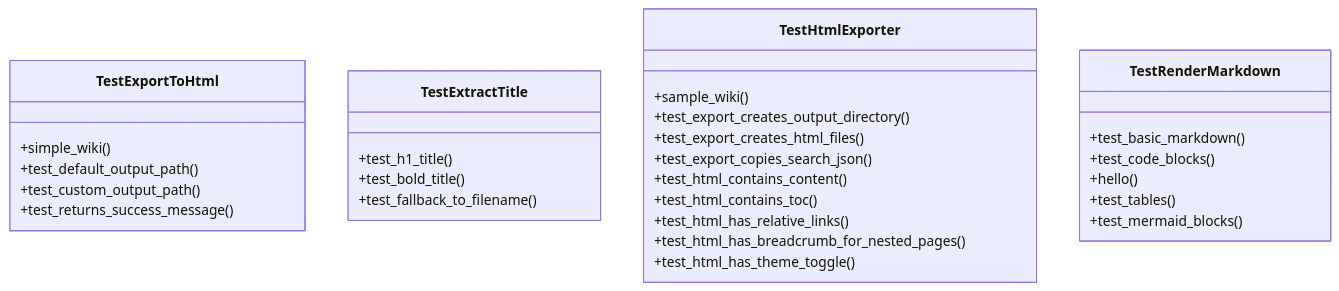
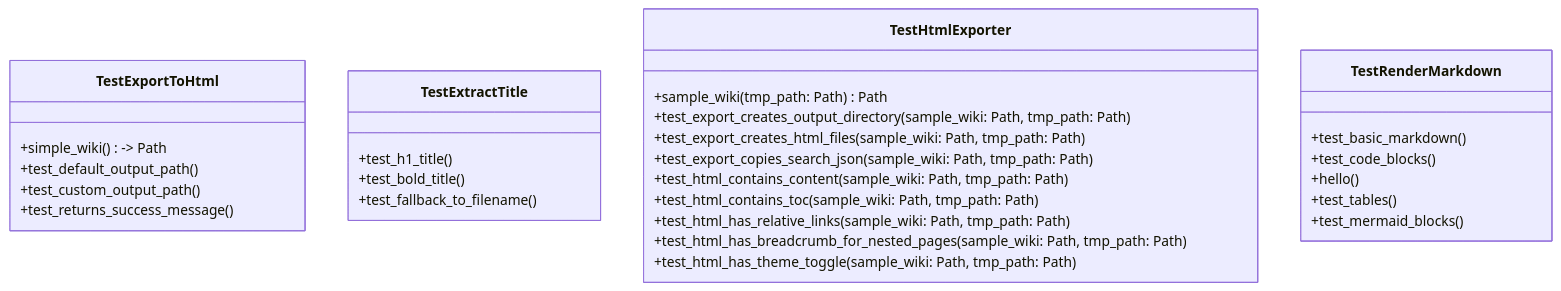
One commit to UrbanDiver/local-deepwiki-mcp changed the first of 2 diagrams in .deepwiki/files/tests/test_html_export.md. Above: the diagram before and after it, drawn with Mermaid. The commit also changed other lines of this file and 75 other files, not shown here.

First line of the commit message:
Regenerate wiki documentation with all file pages

````diff
--- a/.deepwiki/files/tests/test_html_export.md
+++ b/.deepwiki/files/tests/test_html_export.md
@@ -400,32 +382,32 @@
 ```mermaid
 classDiagram
     class TestExportToHtml {
-        +simple_wiki()
+        +simple_wiki() -> Path
         +test_default_output_path()
         +test_custom_output_path()
         +test_returns_success_message()
     }
     class TestExtractTitle {
         +test_h1_title()
         +test_bold_title()
         +test_fallback_to_filename()
     }
     class TestHtmlExporter {
-        +sample_wiki()
-        +test_export_creates_output_directory()
-        +test_export_creates_html_files()
-        +test_export_copies_search_json()
-        +test_html_contains_content()
-        +test_html_contains_toc()
-        +test_html_has_relative_links()
-        +test_html_has_breadcrumb_for_nested_pages()
-        +test_html_has_theme_toggle()
+        +sample_wiki(tmp_path: Path) Path
+        +test_export_creates_output_directory(sample_wiki: Path, tmp_path: Path)
+        +test_export_creates_html_files(sample_wiki: Path, tmp_path: Path)
+        +test_export_copies_search_json(sample_wiki: Path, tmp_path: Path)
+        +test_html_contains_content(sample_wiki: Path, tmp_path: Path)
+        +test_html_contains_toc(sample_wiki: Path, tmp_path: Path)
+        +test_html_has_relative_links(sample_wiki: Path, tmp_path: Path)
+        +test_html_has_breadcrumb_for_nested_pages(sample_wiki: Path, tmp_path: Path)
+        +test_html_has_theme_toggle(sample_wiki: Path, tmp_path: Path)
     }
     class TestRenderMarkdown {
         +test_basic_markdown()
         +test_code_blocks()
         +hello()
         +test_tables()
         +test_mermaid_blocks()
     }
 ```
````
